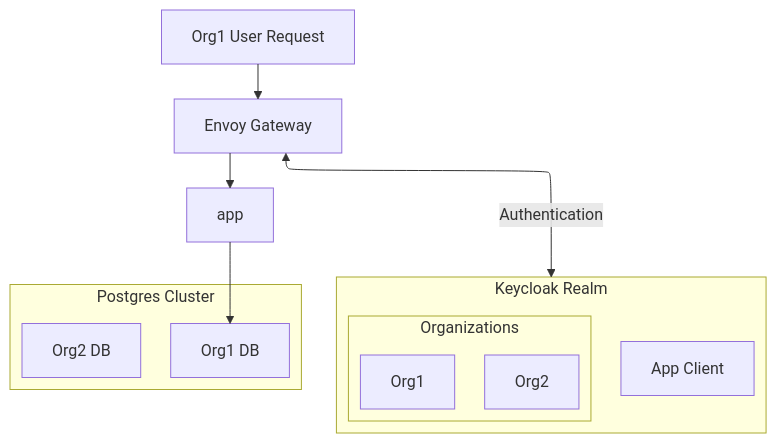
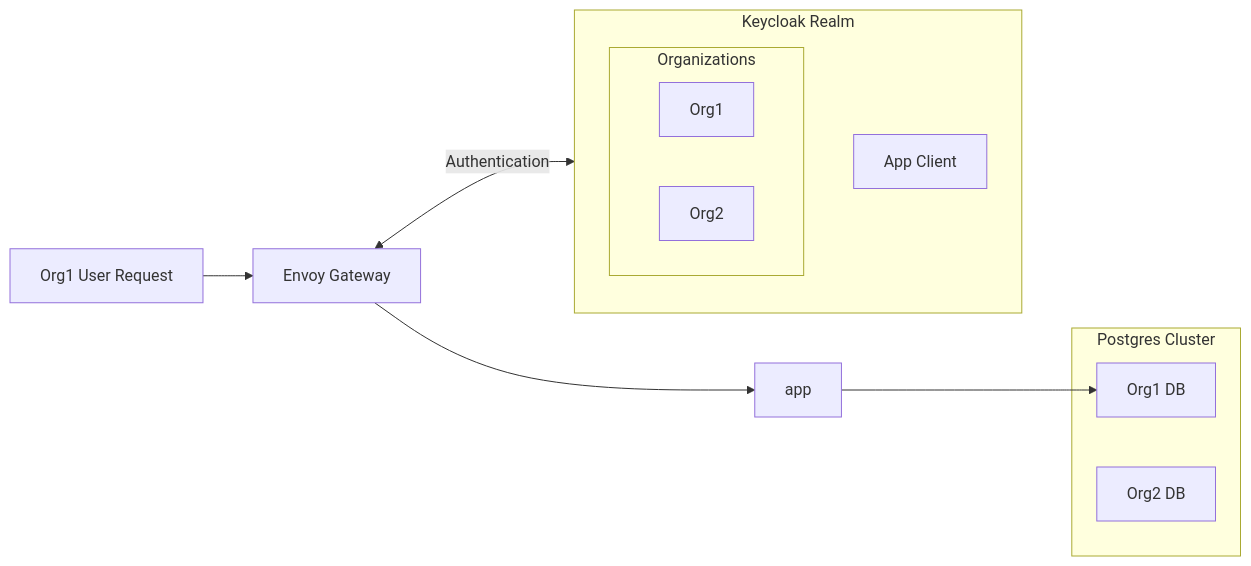
The diagram in README.md (Dante-lor/multen-operator), drawn with Mermaid before and after one commit.

Commit message:
Github mermaid syntax may be slightly older than playground

````diff
--- a/README.md
+++ b/README.md
@@ -18,22 +18,18 @@
 ```mermaid
----
-config:
-  layout: elk
----
-flowchart
+flowchart LR
  subgraph kc["Keycloak Realm"]
         subgraph orgs["Organizations"]
             org1["Org1"]
             org2["Org2"]
         end
         client1["App Client"]
   end
  subgraph pg["Postgres Cluster"]
         db1["Org1 DB"]
         db2["Org2 DB"]
   end
     req["Org1 User Request"] --> gw["Envoy Gateway"]
     gw <-- Authentication --> kc
     app["app"] --> db1
     gw --> app
 ```
````
